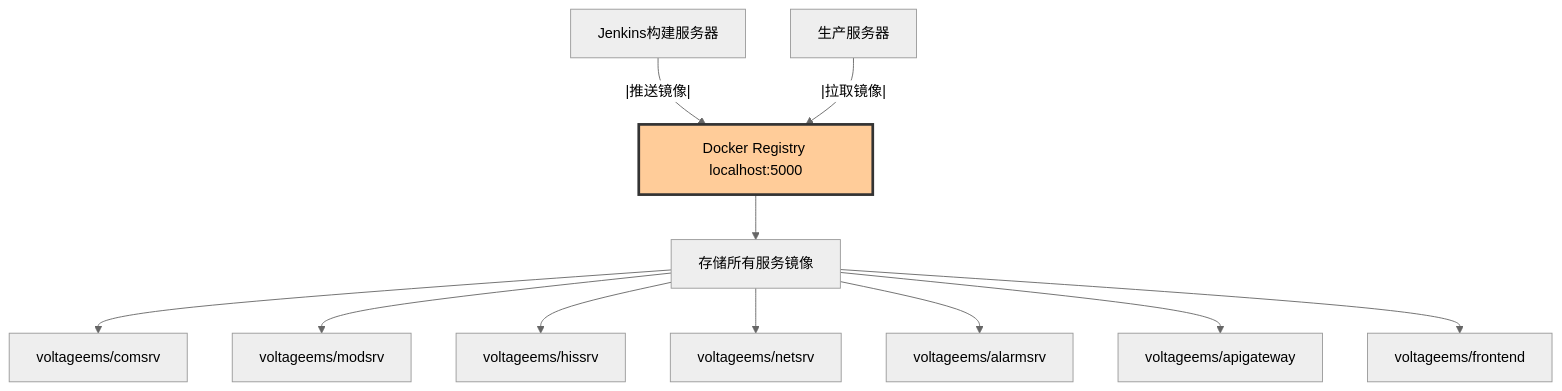
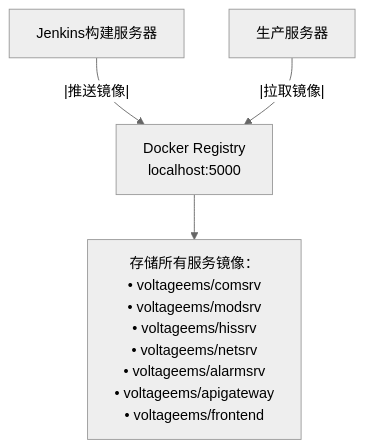
One commit to EvanL1/VoltageEMS changed the third of 12 diagrams in docs/VOLTAGEEMS_CICD_ARCHITECTURE.md. Above: the diagram before and after it, drawn with Mermaid (neutral theme). The commit also changed other lines of this file and 45 other files, not shown here.

````diff
--- a/docs/VOLTAGEEMS_CICD_ARCHITECTURE.md
+++ b/docs/VOLTAGEEMS_CICD_ARCHITECTURE.md
@@ -263,16 +263,6 @@
 ```mermaid
 graph TD
-    A[Jenkins构建服务器] --|推送镜像|--> C[Docker Registry localhost:5000]
+    A[Jenkins构建服务器] --|推送镜像|--> C[Docker Registry<br/>localhost:5000]
     B[生产服务器] --|拉取镜像|--> C
-  
-    C --> D[存储所有服务镜像]
-    D --> D1[voltageems/comsrv]
-    D --> D2[voltageems/modsrv]
-    D --> D3[voltageems/hissrv]
-    D --> D4[voltageems/netsrv]
-    D --> D5[voltageems/alarmsrv]
-    D --> D6[voltageems/apigateway]
-    D --> D7[voltageems/frontend]
-  
-    style C fill:#fc9,stroke:#333,stroke-width:3px
+    C --> D[存储所有服务镜像：<br/>• voltageems/comsrv<br/>• voltageems/modsrv<br/>• voltageems/hissrv<br/>• voltageems/netsrv<br/>• voltageems/alarmsrv<br/>• voltageems/apigateway<br/>• voltageems/frontend]
 ```
````
